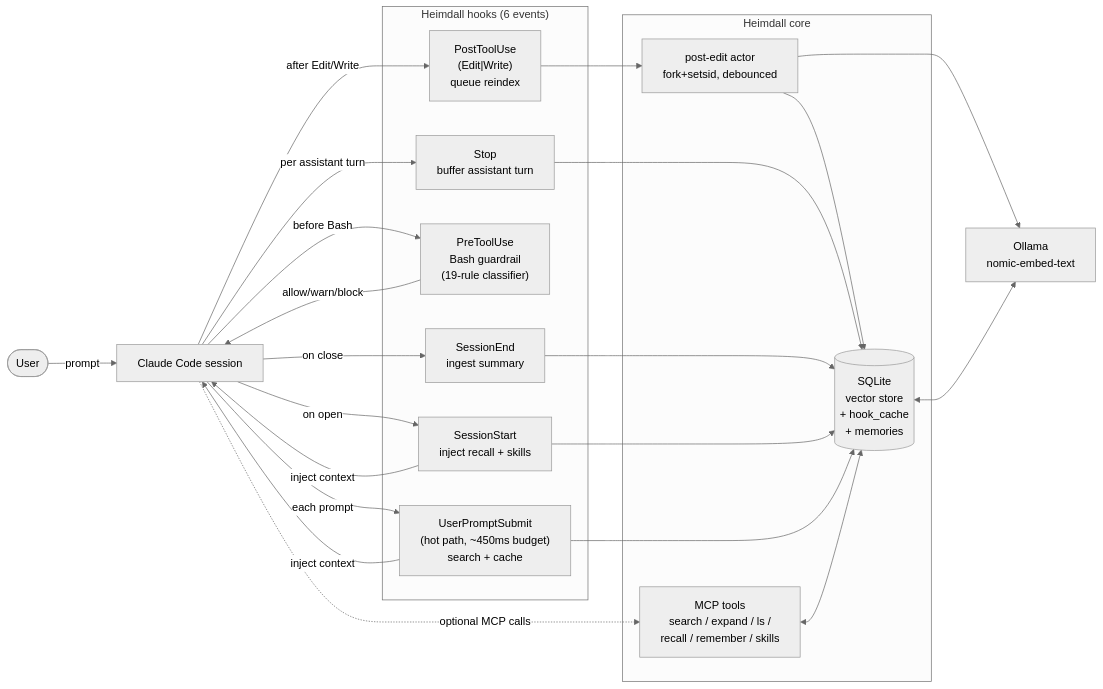
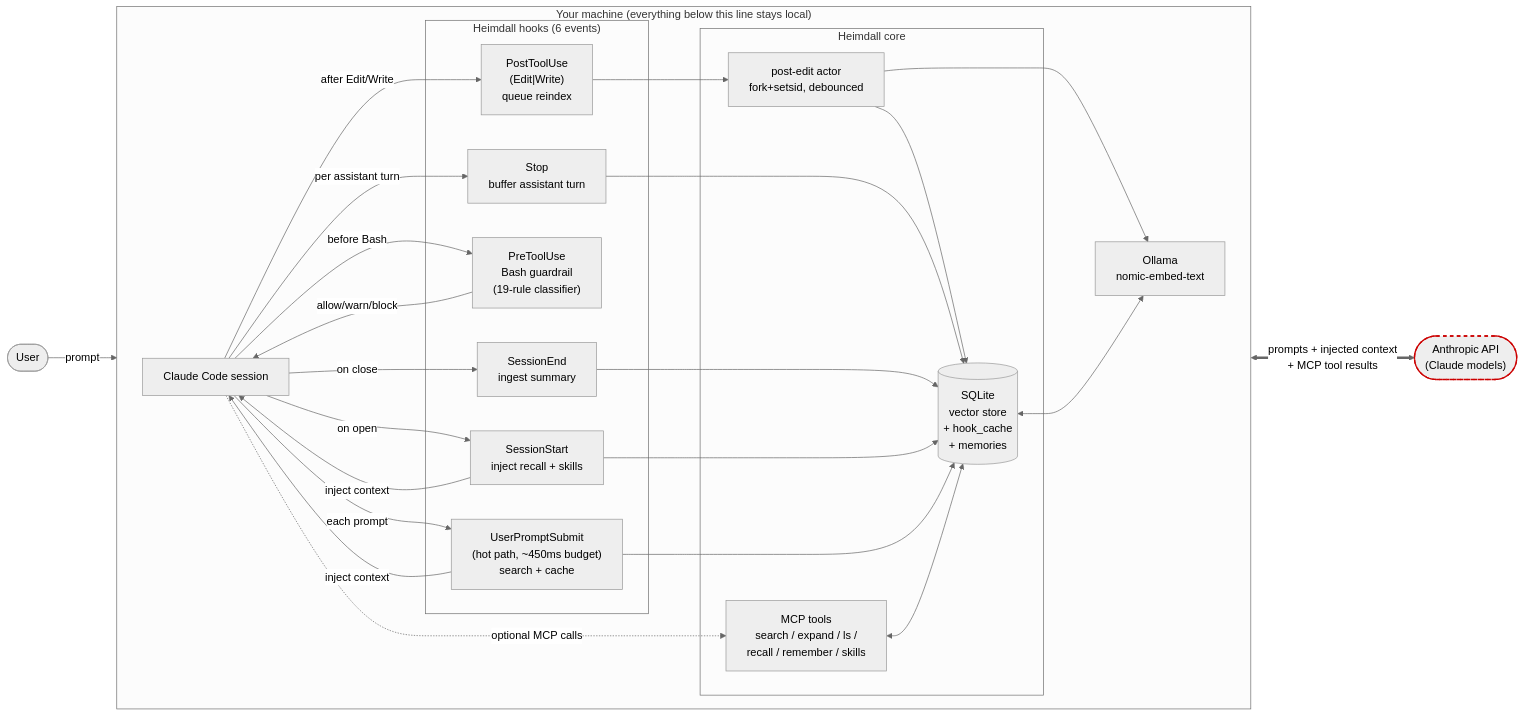
One commit to revprism-dev-bot/heimdall-mcp changed the first of 2 diagrams in README.md. Above: the diagram before and after it, drawn with Mermaid (neutral theme). The commit also changed other lines of this file, not shown here.

First line of the commit message:
docs(readme): clarify Anthropic API boundary vs local-only Heimdall work (#71)

````diff
--- a/README.md
+++ b/README.md
@@ -11,40 +11,47 @@
 ```mermaid
 flowchart LR
     User(["User"])
-    CC["Claude Code session"]
-    subgraph Hooks["Heimdall hooks (6 events)"]
-        SS["SessionStart\ninject recall + skills"]
-        UP["UserPromptSubmit\n(hot path, ~450ms budget)\nsearch + cache"]
-        PTU["PreToolUse\nBash guardrail\n(19-rule classifier)"]
-        PT["PostToolUse\n(Edit|Write)\nqueue reindex"]
-        StopEvt["Stop\nbuffer assistant turn"]
-        SEnd["SessionEnd\ningest summary"]
+    Anthropic(["Anthropic API<br/>(Claude models)"]):::cloud
+    subgraph Machine["Your machine (everything below this line stays local)"]
+        direction LR
+        CC["Claude Code session"]
+        subgraph Hooks["Heimdall hooks (6 events)"]
+            SS["SessionStart\ninject recall + skills"]
+            UP["UserPromptSubmit\n(hot path, ~450ms budget)\nsearch + cache"]
+            PTU["PreToolUse\nBash guardrail\n(19-rule classifier)"]
+            PT["PostToolUse\n(Edit|Write)\nqueue reindex"]
+            StopEvt["Stop\nbuffer assistant turn"]
+            SEnd["SessionEnd\ningest summary"]
+        end
+        subgraph Core["Heimdall core"]
+            MCP["MCP tools\nsearch / expand / ls /\nrecall / remember / skills"]
+            Actor["post-edit actor\nfork+setsid, debounced"]
+            DB[("SQLite\nvector store\n+ hook_cache\n+ memories")]
+        end
+        Ollama["Ollama\nnomic-embed-text"]
     end
-    subgraph Core["Heimdall core"]
-        MCP["MCP tools\nsearch / expand / ls /\nrecall / remember / skills"]
-        Actor["post-edit actor\nfork+setsid, debounced"]
-        DB[("SQLite\nvector store\n+ hook_cache\n+ memories")]
-    end
-    Ollama["Ollama\nnomic-embed-text"]
 
     User -->|prompt| CC
+    CC <==>|prompts + injected context<br/>+ MCP tool results| Anthropic
     CC -->|on open| SS
     CC -->|each prompt| UP
     CC -->|before Bash| PTU
     CC -->|after Edit/Write| PT
     CC -->|per assistant turn| StopEvt
     CC -->|on close| SEnd
     SS -->|inject context| CC
     UP -->|inject context| CC
     PTU -->|allow/warn/block| CC
     PT --> Actor
     Actor --> DB
     Actor --> Ollama
     StopEvt --> DB
     SEnd --> DB
     SS --> DB
     UP --> DB
     CC -.->|optional MCP calls| MCP
     MCP <--> DB
     DB <--> Ollama
+
+    classDef cloud stroke:#c00,stroke-width:2px,stroke-dasharray: 5 5;
 ```
````
